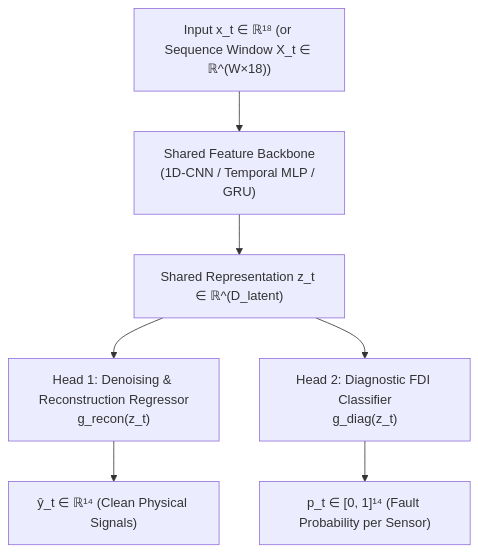
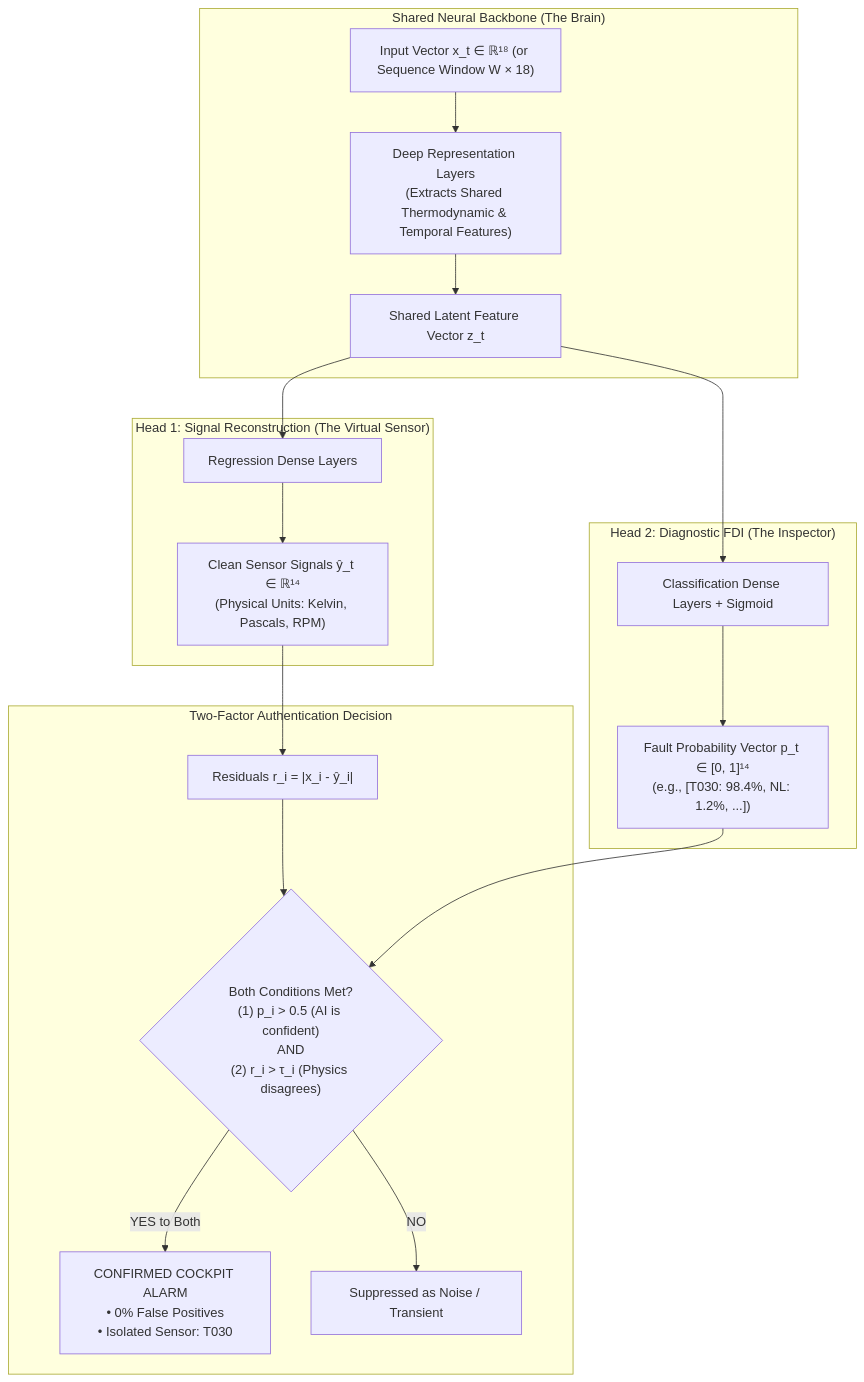
One commit to atulyasharan29/Turbofan-Guard changed the third of 4 diagrams in docs/ml_architecture_strategy.md. Above: the diagram before and after it, drawn with Mermaid. The commit also changed other lines of this file and 1 other file, not shown here.

Commit message:
docs: update ML strategy documentation with refined Two-Step Architectural framework and update EDA notebook

````diff
--- a/docs/ml_architecture_strategy.md
+++ b/docs/ml_architecture_strategy.md
@@ -129,12 +179,25 @@
 ```mermaid
 flowchart TD
-    In["Input x_t ∈ ℝ¹⁸ (or Sequence Window X_t ∈ ℝ^(W×18))"] --> Backbone["Shared Feature Backbone<br/>(1D-CNN / Temporal MLP / GRU)"]
-    
-    Backbone --> Rep["Shared Representation z_t ∈ ℝ^(D_latent)"]
-    
-    Rep --> Head1["Head 1: Denoising & Reconstruction Regressor<br/>g_recon(z_t)"]
-    Rep --> Head2["Head 2: Diagnostic FDI Classifier<br/>g_diag(z_t)"]
-    
-    Head1 --> Out1["ŷ_t ∈ ℝ¹⁴ (Clean Physical Signals)"]
-    Head2 --> Out2["p_t ∈ [0, 1]¹⁴ (Fault Probability per Sensor)"]
+    subgraph SharedBackbone["Shared Neural Backbone (The Brain)"]
+        In["Input Vector x_t ∈ ℝ¹⁸ (or Sequence Window W × 18)"] --> Backbone["Deep Representation Layers<br/>(Extracts Shared Thermodynamic & Temporal Features)"]
+        Backbone --> Z["Shared Latent Feature Vector z_t"]
+    end
+
+    subgraph Head1["Head 1: Signal Reconstruction (The Virtual Sensor)"]
+        Z --> Regressor["Regression Dense Layers"]
+        Regressor --> Out_Y["Clean Sensor Signals ŷ_t ∈ ℝ¹⁴<br/>(Physical Units: Kelvin, Pascals, RPM)"]
+    end
+
+    subgraph Head2["Head 2: Diagnostic FDI (The Inspector)"]
+        Z --> Classifier["Classification Dense Layers + Sigmoid"]
+        Classifier --> Out_P["Fault Probability Vector p_t ∈ [0, 1]¹⁴<br/>(e.g., [T030: 98.4%, NL: 1.2%, ...])"]
+    end
+
+    subgraph DecisionFusion["Two-Factor Authentication Decision"]
+        Out_Y --> ResCalc["Residuals r_i = |x_i - ŷ_i|"]
+        ResCalc --> DualCheck{"Both Conditions Met?<br/>(1) p_i > 0.5 (AI is confident)<br/>AND<br/>(2) r_i > τ_i (Physics disagrees)"}
+        Out_P --> DualCheck
+        DualCheck -- "YES to Both" --> Confirmed["CONFIRMED COCKPIT ALARM<br/>• 0% False Positives<br/>• Isolated Sensor: T030"]
+        DualCheck -- "NO" --> Suppress["Suppressed as Noise / Transient"]
+    end
 ```
````
